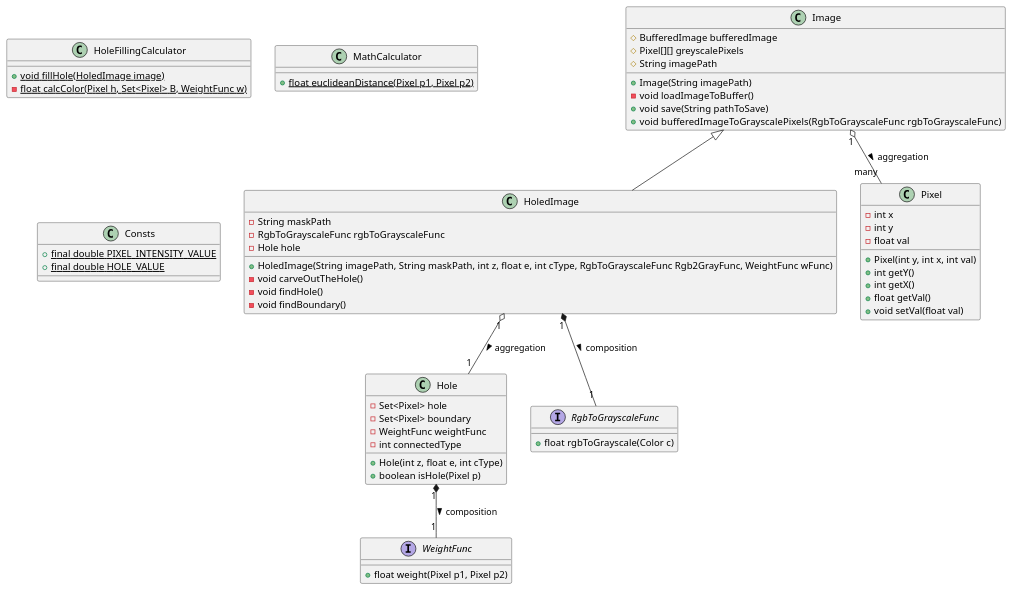
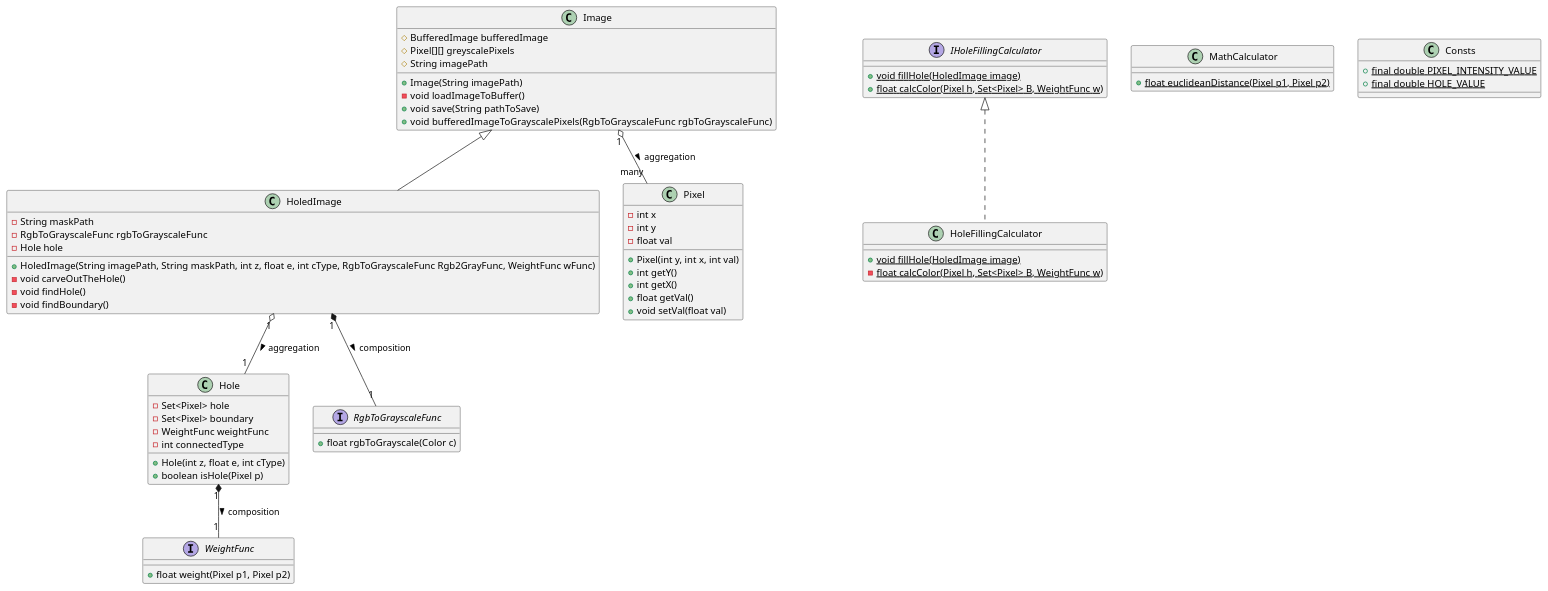
Before and after one commit to avielas/HoleFilling: the diagram in OOD.puml, drawn with PlantUML.

Commit message:
update OOD

```diff
--- a/OOD.puml
+++ b/OOD.puml
@@ -1,75 +1,80 @@
 @startuml
 'https://plantuml.com/class-diagram
 
 class Image{
     # BufferedImage bufferedImage
     # Pixel[][] greyscalePixels
     # String imagePath
     + Image(String imagePath)
     - void loadImageToBuffer()
     + void save(String pathToSave)
     + void bufferedImageToGrayscalePixels(RgbToGrayscaleFunc rgbToGrayscaleFunc)
 }
 
 class HoledImage extends Image{
     - String maskPath
     - RgbToGrayscaleFunc rgbToGrayscaleFunc
     - Hole hole
     + HoledImage(String imagePath, String maskPath, int z, float e, int cType, RgbToGrayscaleFunc Rgb2GrayFunc, WeightFunc wFunc)
     - void carveOutTheHole()
     - void findHole()
     - void findBoundary()
 }
 
 class Hole{
     - Set<Pixel> hole
     - Set<Pixel> boundary
     - WeightFunc weightFunc
     - int connectedType
     + Hole(int z, float e, int cType)
     + boolean isHole(Pixel p)
 }
 
 interface WeightFunc{
     + float weight(Pixel p1, Pixel p2)
 }
 
 interface RgbToGrayscaleFunc{
     + float rgbToGrayscale(Color c)
 }
 
 class Pixel{
     - int x
     - int y
     - float val
     + Pixel(int y, int x, int val)
     + int getY()
     + int getX()
     + float getVal()
     + void setVal(float val)
 }
 
-class HoleFillingCalculator{
+class HoleFillingCalculator implements IHoleFillingCalculator{
     + {static} void fillHole(HoledImage image)
     - {static} float calcColor(Pixel h, Set<Pixel> B, WeightFunc w)
+}
+
+interface IHoleFillingCalculator{
+    + {static} void fillHole(HoledImage image)
+    + {static} float calcColor(Pixel h, Set<Pixel> B, WeightFunc w)
 }
 
 class MathCalculator{
     + {static} float euclideanDistance(Pixel p1, Pixel p2)
 }
 
 class Consts{
     + {static} final double PIXEL_INTENSITY_VALUE
     + {static} final double HOLE_VALUE
 }
 
 'Aggregation
 Image "1" o-- "many" Pixel : aggregation >
 HoledImage "1" o-- "1" Hole : aggregation >
 
 
 'Composition
 HoledImage "1" *-- "1" RgbToGrayscaleFunc : composition >
 Hole "1" *-- "1" WeightFunc : composition >
 
 @enduml
```
